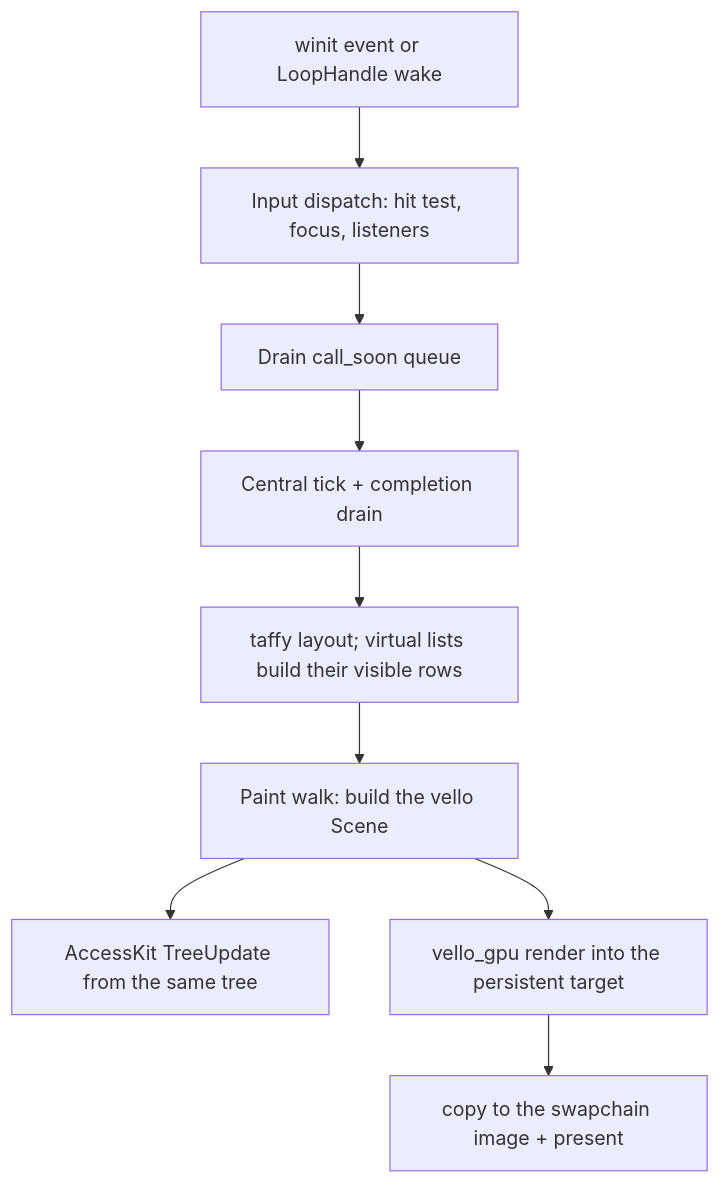
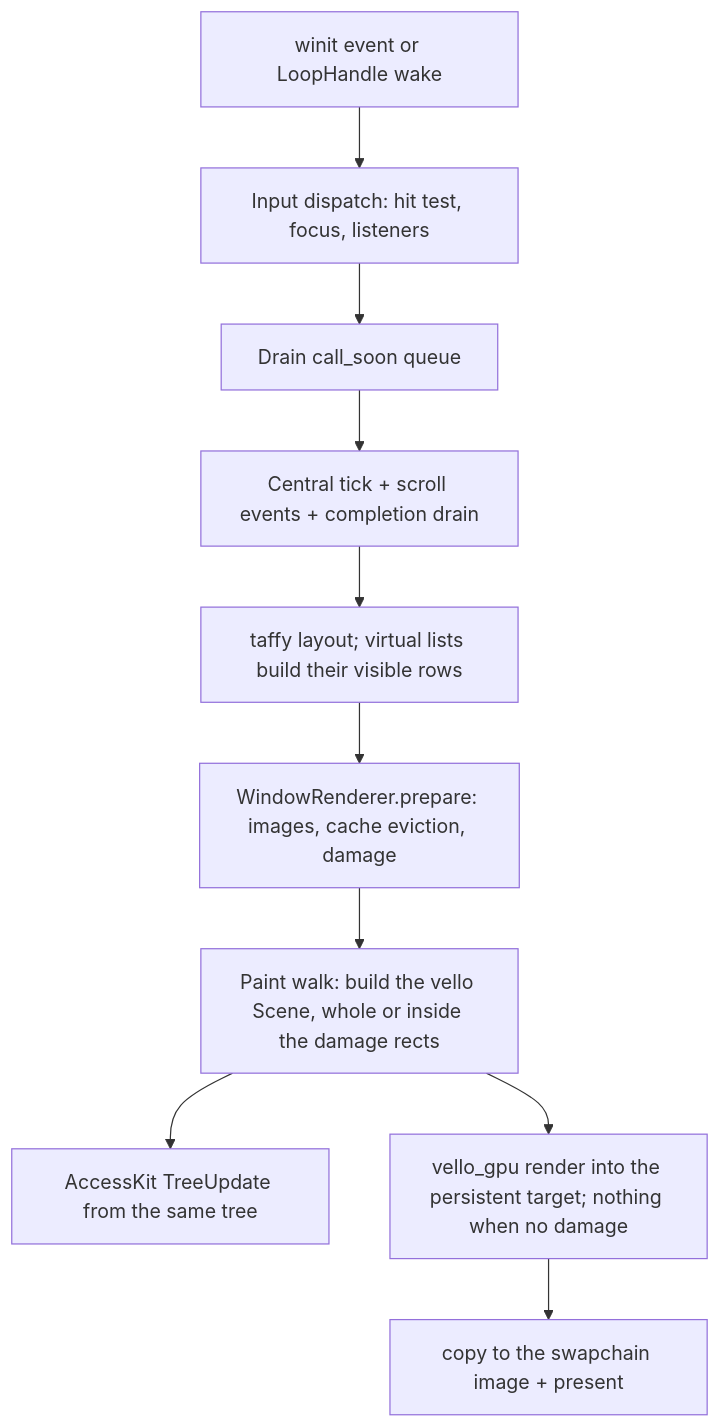
The second of 2 diagrams in ARCHITECTURE.md (mindderivative/tre), drawn with Mermaid before and after one commit. The commit also changed other lines of this file and 30 other files, not shown here.

````diff
--- a/ARCHITECTURE.md
+++ b/ARCHITECTURE.md
@@ -186,11 +189,12 @@
 ```mermaid
 flowchart TD
     EV[winit event or LoopHandle wake] --> IN[Input dispatch: hit test, focus, listeners]
     IN --> Q[Drain call_soon queue]
-    Q --> TICK[Central tick + completion drain]
+    Q --> TICK[Central tick + scroll events + completion drain]
     TICK --> LAYOUT[taffy layout; virtual lists build their visible rows]
-    LAYOUT --> PAINT[Paint walk: build the vello Scene]
+    LAYOUT --> DAMAGE[WindowRenderer.prepare: images, cache eviction, damage]
+    DAMAGE --> PAINT[Paint walk: build the vello Scene, whole or inside the damage rects]
     PAINT --> A11Y[AccessKit TreeUpdate from the same tree]
-    PAINT --> RENDER[vello_gpu render into the persistent target]
+    PAINT --> RENDER[vello_gpu render into the persistent target; nothing when no damage]
     RENDER --> PRESENT[copy to the swapchain image + present]
 ```
````
